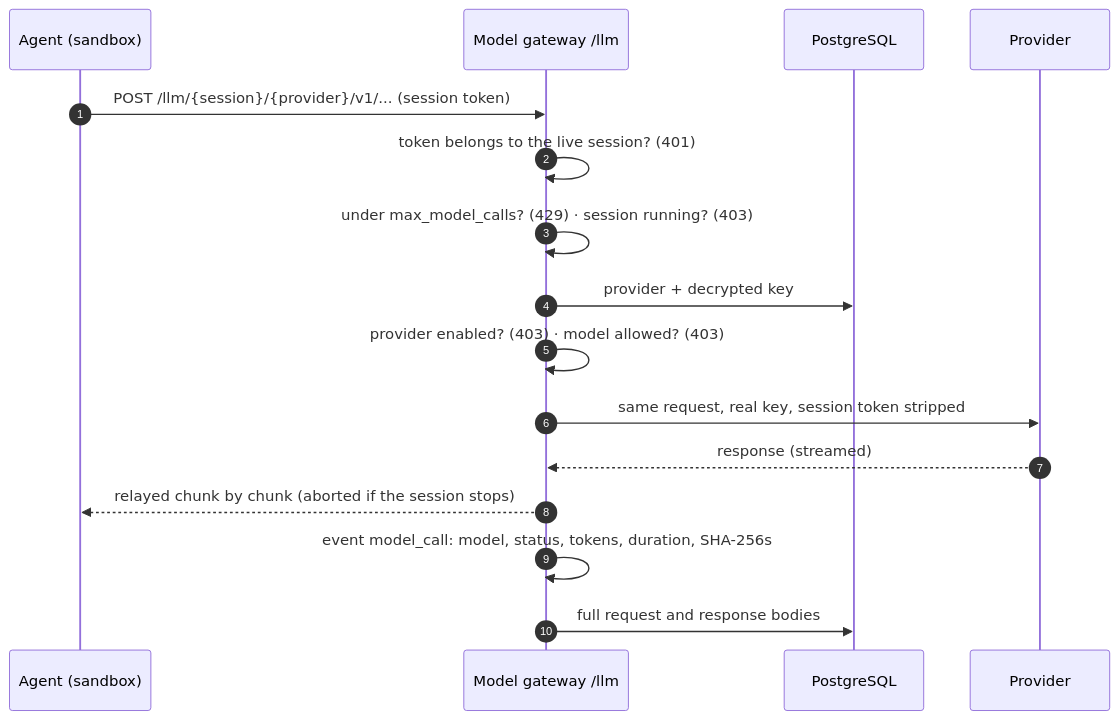
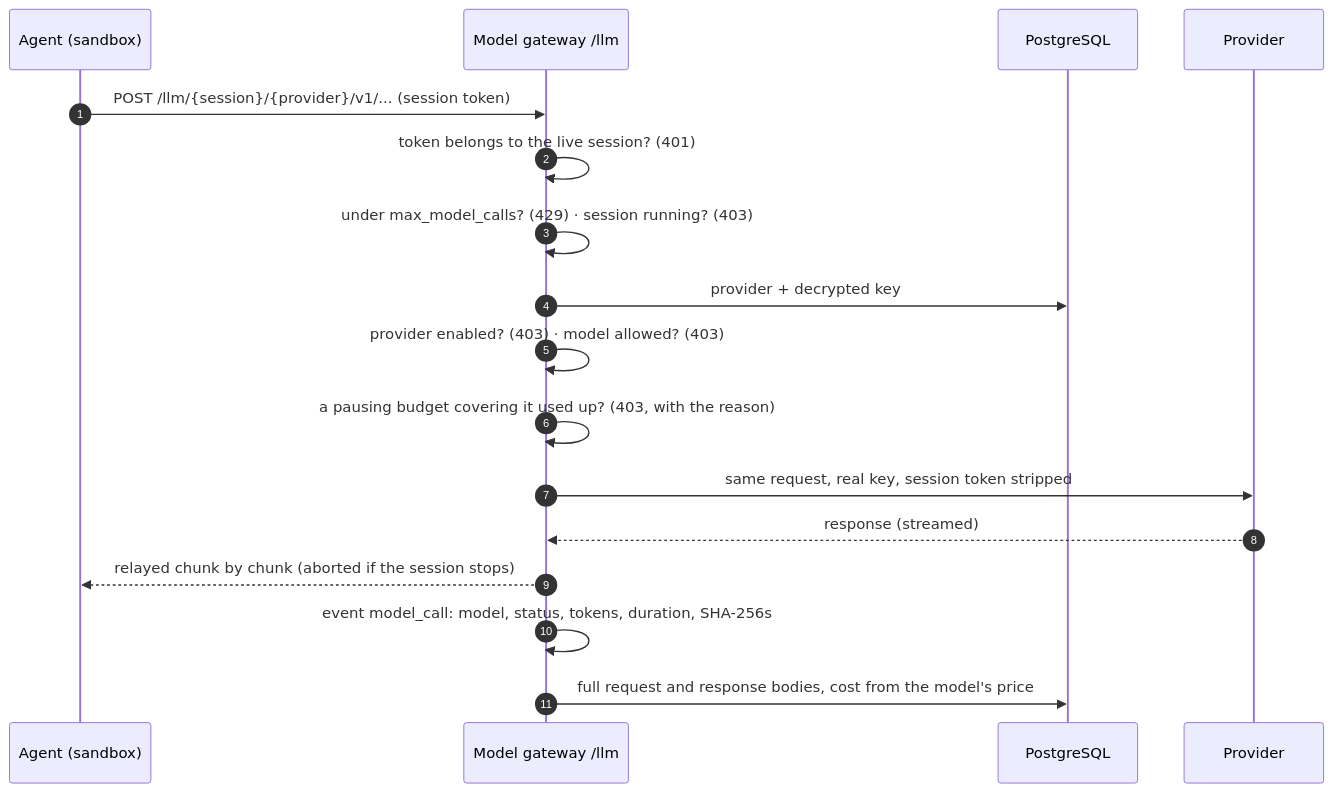
The ninth of 16 diagrams in docs/ARCHITECTURE.md (Jaelse/agentcore), drawn with Mermaid before and after one commit. The commit also changed other lines of this file and 9 other files, not shown here.

First line of the commit message:
Document everything: a guide, architecture and operations

````diff
--- a/docs/ARCHITECTURE.md
+++ b/docs/ARCHITECTURE.md
@@ -280,19 +288,20 @@
 ```mermaid
 sequenceDiagram
     autonumber
     participant AG as Agent (sandbox)
     participant GW as Model gateway /llm
     participant DB as PostgreSQL
     participant UP as Provider
 
     AG->>GW: POST /llm/{session}/{provider}/v1/... (session token)
     GW->>GW: token belongs to the live session? (401)
     GW->>GW: under max_model_calls? (429) · session running? (403)
     GW->>DB: provider + decrypted key
     GW->>GW: provider enabled? (403) · model allowed? (403)
+    GW->>GW: a pausing budget covering it used up? (403, with the reason)
     GW->>UP: same request, real key, session token stripped
     UP-->>GW: response (streamed)
     GW-->>AG: relayed chunk by chunk (aborted if the session stops)
     GW->>GW: event model_call: model, status, tokens, duration, SHA-256s
-    GW->>DB: full request and response bodies
+    GW->>DB: full request and response bodies, cost from the model's price
 ```
````
